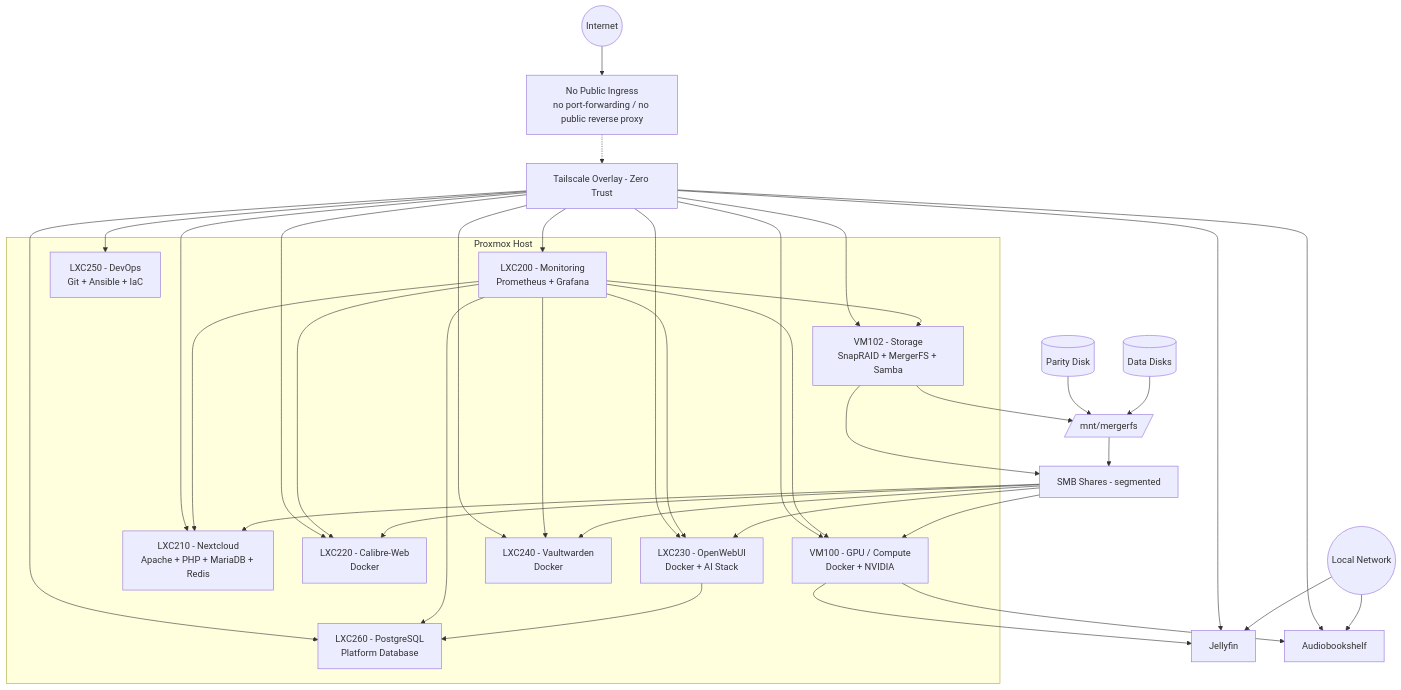
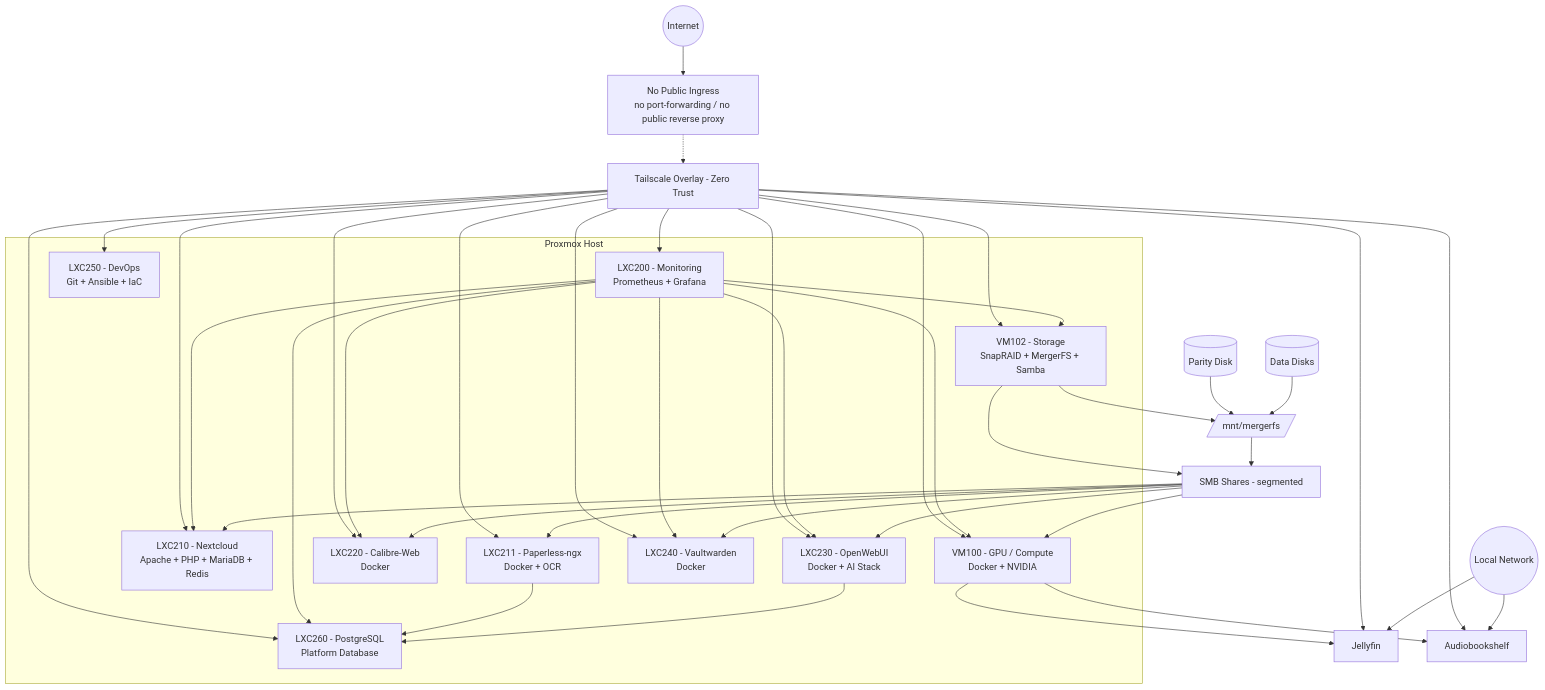
One commit to sohanreddyk/homelab-server-architecture changed the diagram in docs/architecture/diagram.md. Above: the diagram before and after it, drawn with Mermaid. The commit also changed 7 other files, not shown here.

Commit message:
docs(paperless): add CT211 node/service docs, update architecture and ACL

````diff
--- a/docs/architecture/diagram.md
+++ b/docs/architecture/diagram.md
@@ -9,78 +9,82 @@
 ```mermaid
 flowchart TB
 
   %% Access Layers
   Internet((Internet))
   LAN((Local Network))
   TS[Tailscale Overlay - Zero Trust]
   NoPublic[No Public Ingress<br/>no port-forwarding / no public reverse proxy]
 
   Internet --> NoPublic
   NoPublic -.-> TS
 
   %% Proxmox Layer
   subgraph Proxmox Host
     VM102[VM102 - Storage<br/>SnapRAID + MergerFS + Samba]
     VM100[VM100 - GPU / Compute<br/>Docker + NVIDIA]
     LXC200[LXC200 - Monitoring<br/>Prometheus + Grafana]
     LXC210[LXC210 - Nextcloud<br/>Apache + PHP + MariaDB + Redis]
+    LXC211[LXC211 - Paperless-ngx<br/>Docker + OCR]
     LXC220[LXC220 - Calibre-Web<br/>Docker]
     LXC230[LXC230 - OpenWebUI<br/>Docker + AI Stack]
     LXC240[LXC240 - Vaultwarden<br/>Docker]
     LXC250[LXC250 - DevOps<br/>Git + Ansible + IaC]
     LXC260[LXC260 - PostgreSQL<br/>Platform Database]
   end
 
   %% Storage Internals
   Disks[(Data Disks)]
   Parity[(Parity Disk)]
   MergerFS[/mnt/mergerfs/]
   Samba[SMB Shares - segmented]
 
   Disks --> MergerFS
   Parity --> MergerFS
   MergerFS --> Samba
   VM102 --> MergerFS
   VM102 --> Samba
 
   %% Storage Consumers
   Samba --> VM100
   Samba --> LXC210
+  Samba --> LXC211 
   Samba --> LXC220
   Samba --> LXC230
   Samba --> LXC240
 
   %% Database Dependency
   LXC230 --> LXC260
+  LXC211 --> LXC260
 
   %% VM100 Services
   VM100 --> Jellyfin[Jellyfin]
   VM100 --> ABS[Audiobookshelf]
 
   %% Monitoring Targets
   LXC200 --> VM102
   LXC200 --> VM100
   LXC200 --> LXC210
   LXC200 --> LXC220
   LXC200 --> LXC230
   LXC200 --> LXC240
   LXC200 --> LXC260
 
   %% Access Model
   TS --> VM100
   TS --> VM102
   TS --> LXC200
   TS --> LXC210
+  TS --> LXC211
   TS --> LXC220
   TS --> LXC230
   TS --> LXC240
   TS --> LXC250
   TS --> LXC260
 
   LAN --> Jellyfin
   LAN --> ABS
 
   TS --> Jellyfin
   TS --> ABS
 
 ```
````
